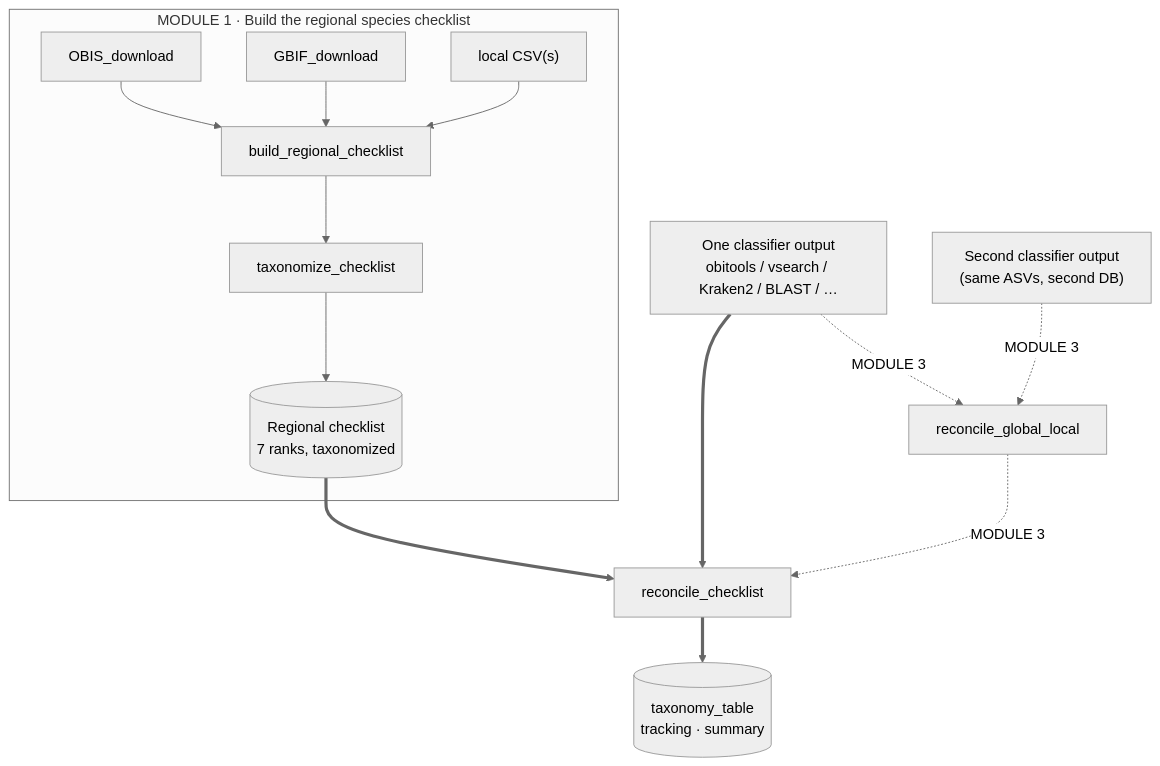
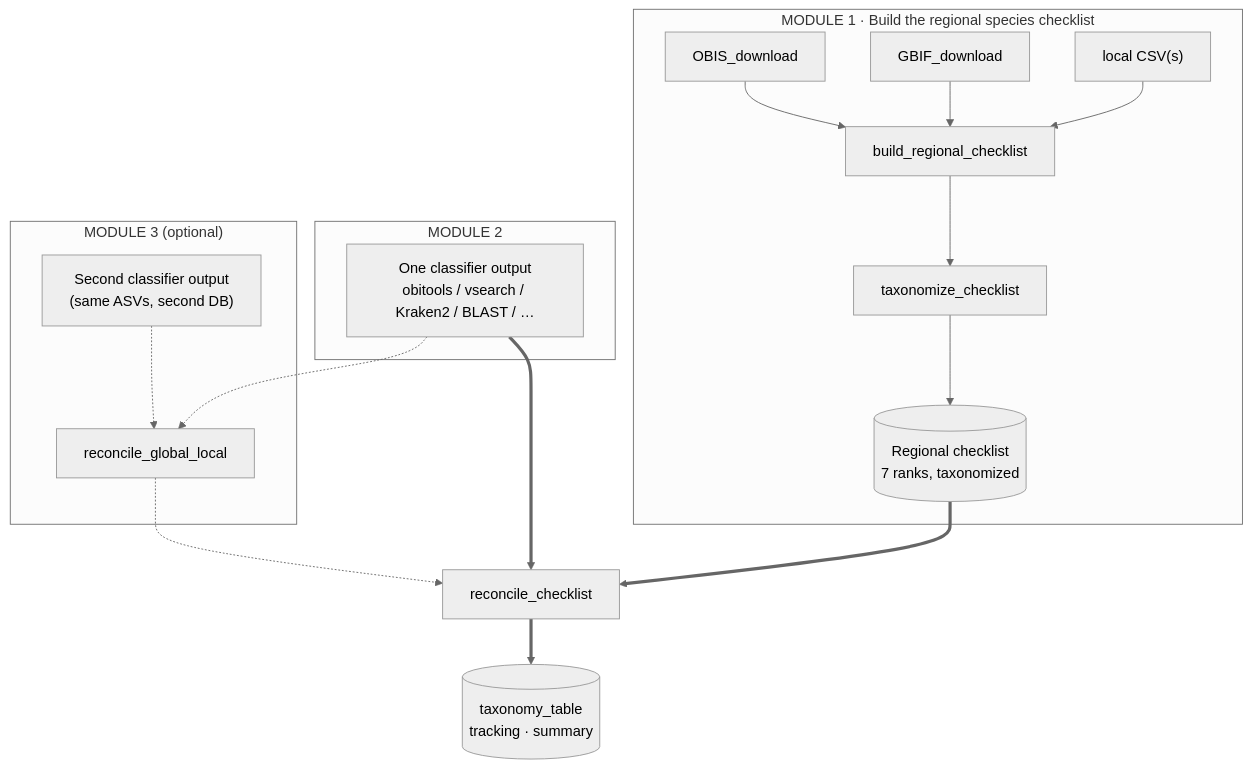
One commit to EWisely/REGATTA changed the diagram in README.md. Above: the diagram before and after it, drawn with Mermaid (neutral theme).

Commit message:
docs: mermaid — module labels as subgraphs over the input boxes, not on each dashed line
Wrap the one-classifier input in a MODULE 2 subgraph and the second-classifier
input + reconcile_global_local in a MODULE 3 (optional) subgraph, so the module
labels sit above those boxes instead of repeating on every dashed edge.

````diff
--- a/README.md
+++ b/README.md
@@ -77,17 +77,26 @@
 ```mermaid
 flowchart TD
     subgraph M1["MODULE 1 · Build the regional species checklist"]
         A[OBIS_download] --> D[build_regional_checklist]
         B[GBIF_download] --> D
         C["local CSV(s)"] --> D
         D --> E[taxonomize_checklist] --> F[("Regional checklist<br/>7 ranks, taxonomized")]
     end
 
-    G["One classifier output<br/>obitools / vsearch / Kraken2 / BLAST / …"] ==> M[reconcile_checklist]
+    subgraph MOD2["MODULE 2"]
+        G["One classifier output<br/>obitools / vsearch / Kraken2 / BLAST / …"]
+    end
+
+    subgraph MOD3["MODULE 3 (optional)"]
+        GL["Second classifier output<br/>(same ASVs, second DB)"]
+        Q[reconcile_global_local]
+    end
+
+    G ==> M[reconcile_checklist]
     F ==> M
     M ==> RES[("taxonomy_table<br/>tracking · summary")]
 
-    GL["Second classifier output<br/>(same ASVs, second DB)"] -. "MODULE 3" .-> Q[reconcile_global_local]
-    G -. "MODULE 3" .-> Q
-    Q -. "MODULE 3" .-> M
+    GL -.-> Q
+    G -.-> Q
+    Q -.-> M
 ```
````
